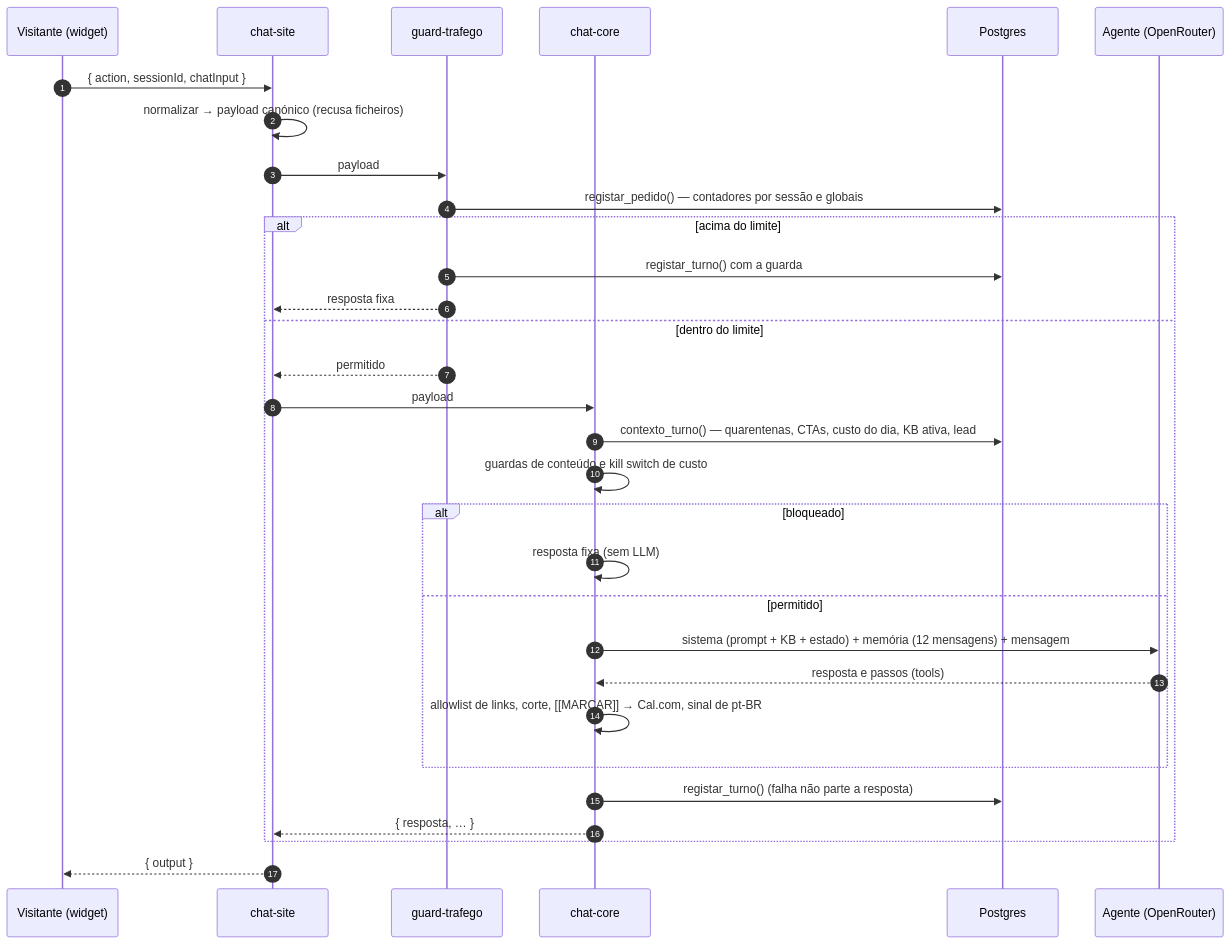
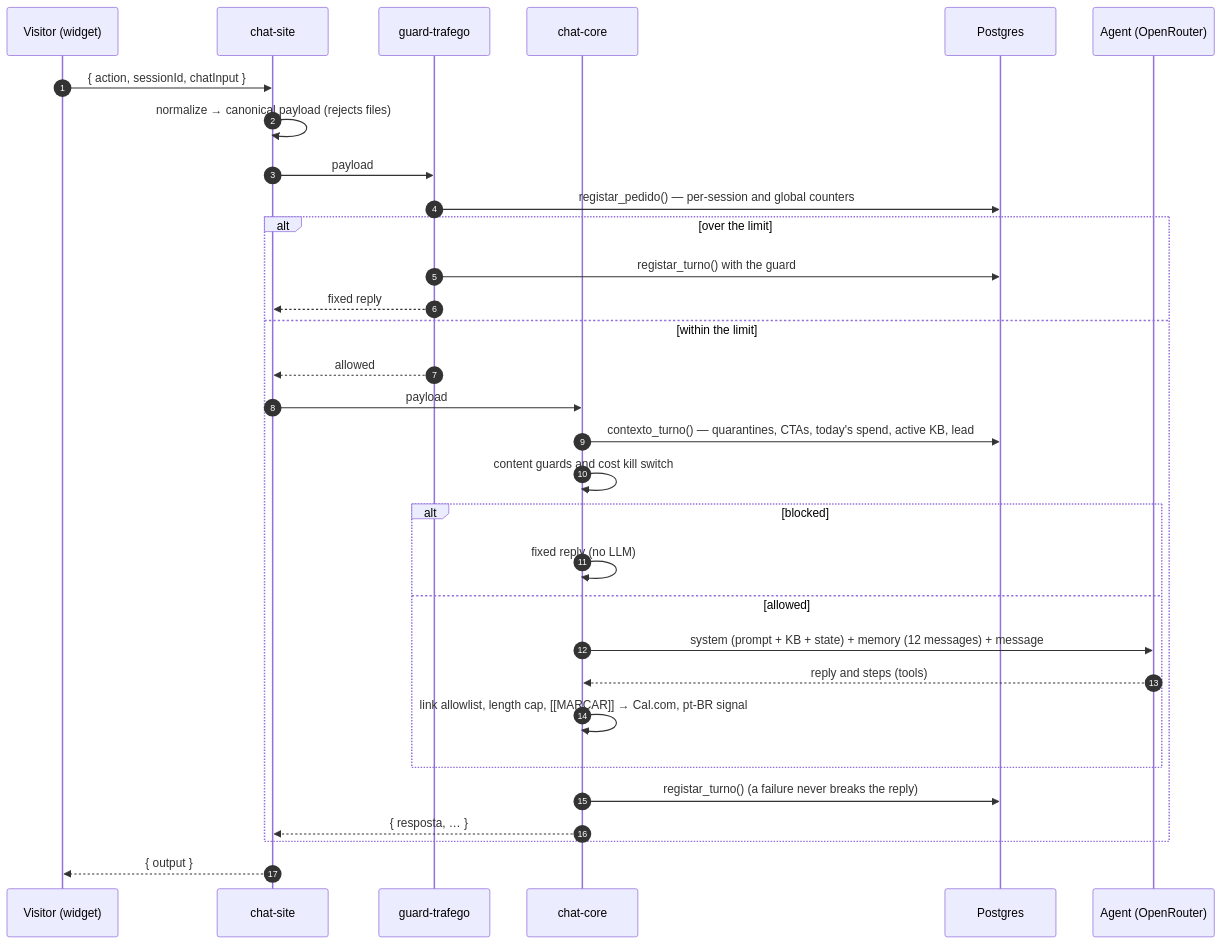
The second of 2 diagrams in docs/ARCHITECTURE.md (franciscoaraujo23/n8n-ai-sales-chatbot), drawn with Mermaid before and after one commit. The commit also changed other lines of this file and 7 other files, not shown here.

````diff
--- a/docs/ARCHITECTURE.md
+++ b/docs/ARCHITECTURE.md
@@ -57,34 +61,34 @@
 ```mermaid
 sequenceDiagram
   autonumber
-  participant V as Visitante (widget)
+  participant V as Visitor (widget)
   participant S as chat-site
   participant G as guard-trafego
   participant C as chat-core
   participant P as Postgres
-  participant A as Agente (OpenRouter)
+  participant A as Agent (OpenRouter)
 
   V->>S: { action, sessionId, chatInput }
-  S->>S: normalizar → payload canónico (recusa ficheiros)
+  S->>S: normalize → canonical payload (rejects files)
   S->>G: payload
-  G->>P: registar_pedido() — contadores por sessão e globais
-  alt acima do limite
-    G->>P: registar_turno() com a guarda
-    G-->>S: resposta fixa
-  else dentro do limite
-    G-->>S: permitido
+  G->>P: registar_pedido() — per-session and global counters
+  alt over the limit
+    G->>P: registar_turno() with the guard
+    G-->>S: fixed reply
+  else within the limit
+    G-->>S: allowed
     S->>C: payload
-    C->>P: contexto_turno() — quarentenas, CTAs, custo do dia, KB ativa, lead
-    C->>C: guardas de conteúdo e kill switch de custo
-    alt bloqueado
-      C->>C: resposta fixa (sem LLM)
-    else permitido
-      C->>A: sistema (prompt + KB + estado) + memória (12 mensagens) + mensagem
-      A-->>C: resposta e passos (tools)
-      C->>C: allowlist de links, corte, [[MARCAR]] → Cal.com, sinal de pt-BR
+    C->>P: contexto_turno() — quarantines, CTAs, today's spend, active KB, lead
+    C->>C: content guards and cost kill switch
+    alt blocked
+      C->>C: fixed reply (no LLM)
+    else allowed
+      C->>A: system (prompt + KB + state) + memory (12 messages) + message
+      A-->>C: reply and steps (tools)
+      C->>C: link allowlist, length cap, [[MARCAR]] → Cal.com, pt-BR signal
     end
-    C->>P: registar_turno() (falha não parte a resposta)
+    C->>P: registar_turno() (a failure never breaks the reply)
     C-->>S: { resposta, … }
   end
   S-->>V: { output }
 ```
````
